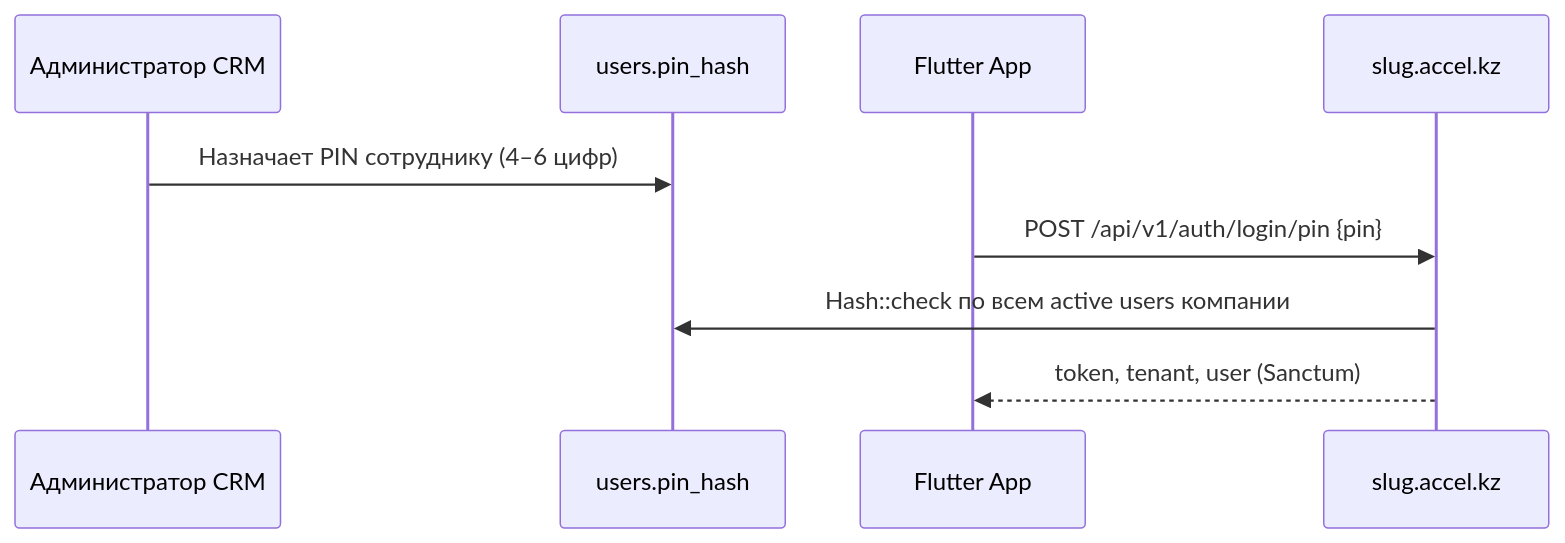
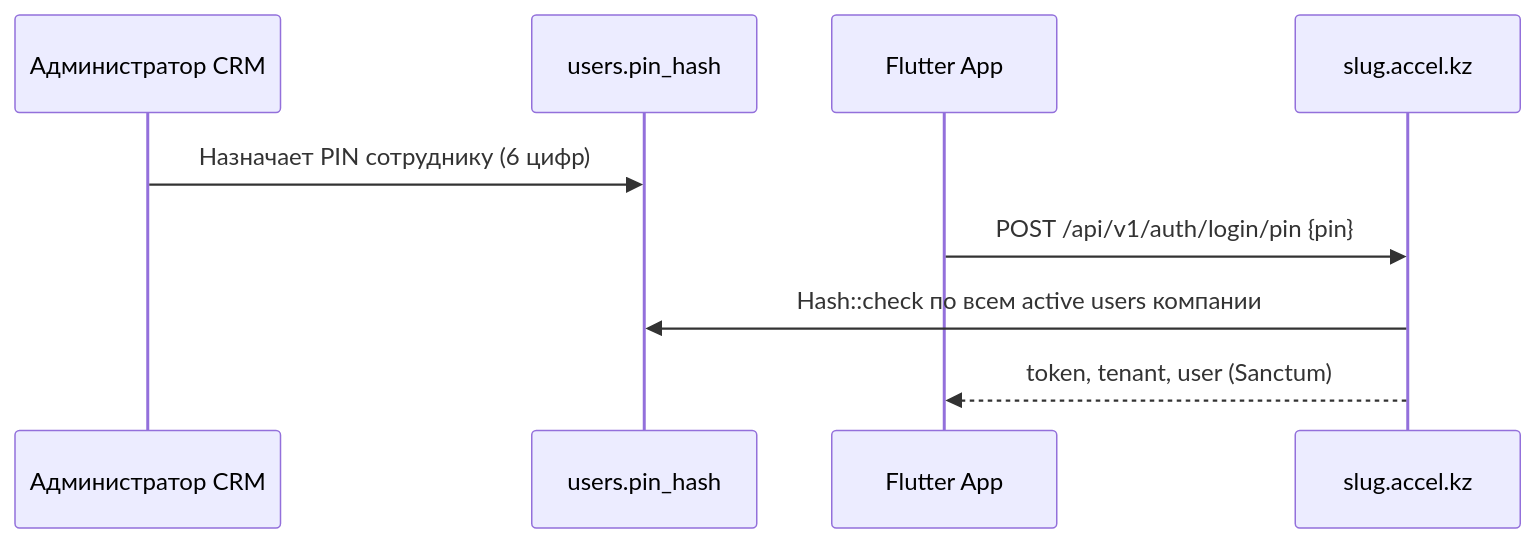
The diagram in docs/mobile-api/PIN.md (Zhangirkhan/chatswitch.10k.kz), drawn with Mermaid before and after one commit. The commit also changed other lines of this file and 1 other file, not shown here.

First line of the commit message:
Document mobile API security changes in OpenAPI and PIN guide.

````diff
--- a/docs/mobile-api/PIN.md
+++ b/docs/mobile-api/PIN.md
@@ -9,12 +9,12 @@
 ```mermaid
 sequenceDiagram
   participant Admin as Администратор CRM
   participant DB as users.pin_hash
   participant App as Flutter App
   participant API as slug.accel.kz
 
-  Admin->>DB: Назначает PIN сотруднику (4–6 цифр)
+  Admin->>DB: Назначает PIN сотруднику (6 цифр)
   App->>API: POST /api/v1/auth/login/pin {pin}
   API->>DB: Hash::check по всем active users компании
   API-->>App: token, tenant, user (Sanctum)
 ```
````
